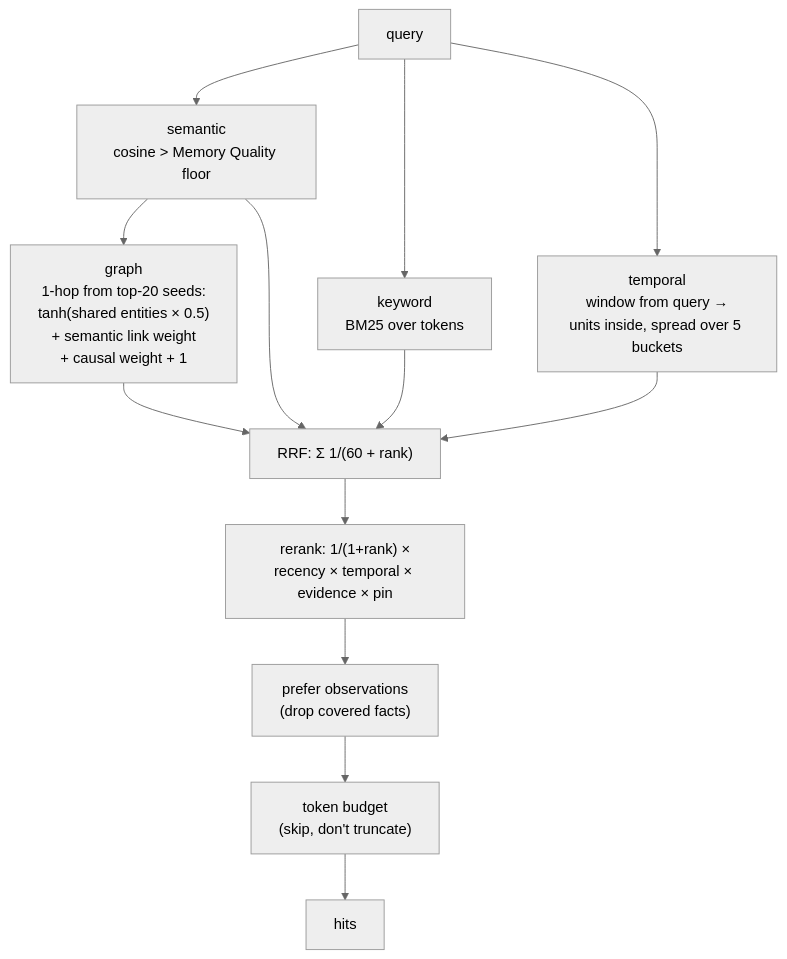
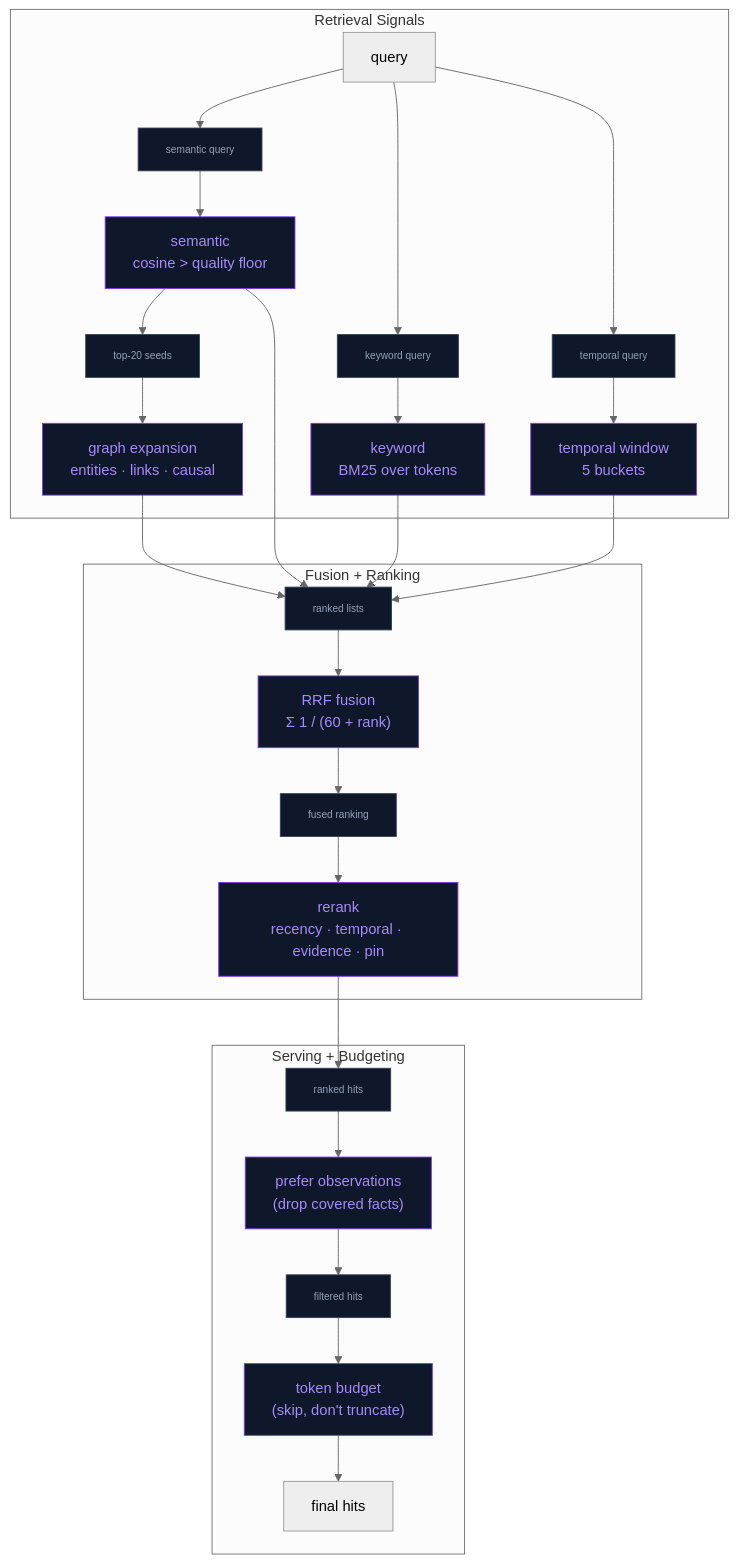
The second of 2 diagrams in docs/AGENTIC_MEMORY.md (kevinliddel/NeuraLink), drawn with Mermaid (neutral theme) before and after one commit. The commit also changed other lines of this file and 2 other files, not shown here.

Commit message:
chore: plannify new improvement for better user experience

````diff
--- a/docs/AGENTIC_MEMORY.md
+++ b/docs/AGENTIC_MEMORY.md
@@ -67,10 +90,44 @@
 ```mermaid
 graph TD
-    Q["query"] --> S["semantic<br/>cosine > Memory Quality floor"]
-    Q --> K["keyword<br/>BM25 over tokens"]
-    S --> G["graph<br/>1-hop from top-20 seeds:<br/>tanh(shared entities × 0.5)<br/>+ semantic link weight<br/>+ causal weight + 1"]
-    Q --> TP["temporal<br/>window from query →<br/>units inside, spread over 5 buckets"]
-    S & K & G & TP --> RRF["RRF: Σ 1/(60 + rank)"]
-    RRF --> RR["rerank: 1/(1+rank) ×<br/>recency × temporal × evidence × pin"]
-    RR --> PO["prefer observations<br/>(drop covered facts)"] --> BUD["token budget<br/>(skip, don't truncate)"] --> OUT["hits"]
+    Q["query"]
+
+    %% =======================
+    %% Retrieval Stage
+    %% =======================
+    subgraph Retrieval["Retrieval Signals"]
+        Q --> D1["semantic query"] --> S["semantic<br/>cosine > quality floor"]
+        Q --> D2["keyword query"] --> K["keyword<br/>BM25 over tokens"]
+        Q --> D3["temporal query"] --> TP["temporal window<br/>5 buckets"]
+
+        S --> D4["top-20 seeds"] --> G["graph expansion<br/>entities · links · causal"]
+    end
+
+    %% =======================
+    %% Fusion Stage
+    %% =======================
+    subgraph Fusion["Fusion + Ranking"]
+        S --> D5["ranked lists"]
+        K --> D5
+        G --> D5
+        TP --> D5
+
+        D5 --> RRF["RRF fusion<br/>Σ 1 / (60 + rank)"]
+        RRF --> D6["fused ranking"] --> RR["rerank<br/>recency · temporal · evidence · pin"]
+    end
+
+    %% =======================
+    %% Serving Stage
+    %% =======================
+    subgraph Serving["Serving + Budgeting"]
+        RR --> D7["ranked hits"] --> PO["prefer observations<br/>(drop covered facts)"]
+        PO --> D8["filtered hits"] --> BUD["token budget<br/>(skip, don't truncate)"]
+        BUD --> OUT["final hits"]
+    end
+
+    %% Styles
+    classDef core fill:#0f172a,stroke:#7c3aed,color:#a78bfa
+    classDef data fill:#0f172a,stroke:#334155,color:#94a3b8,font-size:11px
+
+    class S,K,G,TP,RRF,RR,PO,BUD core
+    class D1,D2,D3,D4,D5,D6,D7,D8 data
 ```
````
